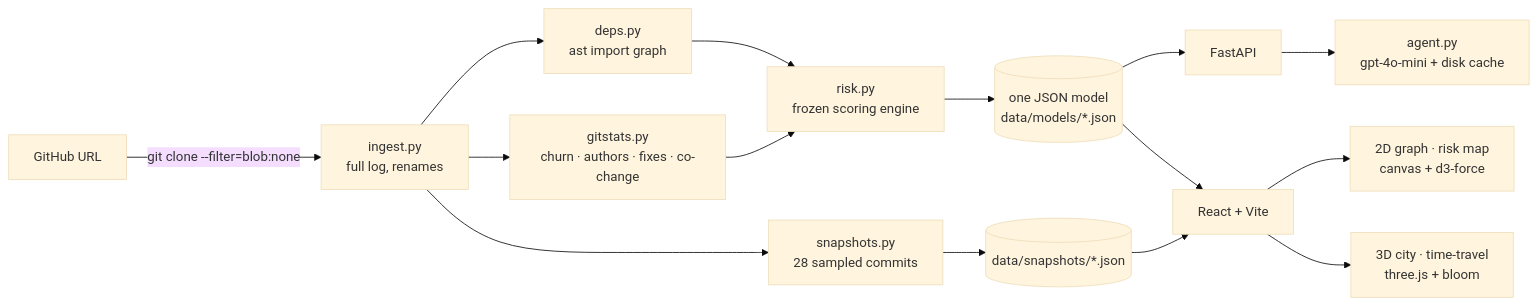
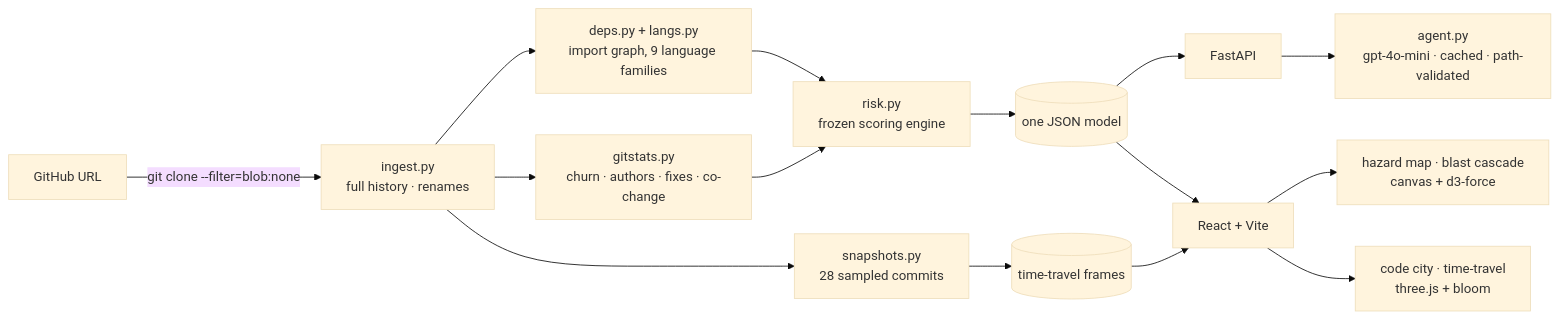
One commit to asil-eng/richter changed the diagram in README.md. Above: the diagram before and after it, drawn with Mermaid (base theme). The commit also changed other lines of this file and 19 other files, not shown here.

````diff
--- a/README.md
+++ b/README.md
@@ -91,16 +181,16 @@
 ```mermaid
 flowchart LR
-  A[GitHub URL] -->|git clone --filter=blob:none| B[ingest.py<br/>full log, renames]
-  B --> C[deps.py<br/>ast import graph]
+  A[GitHub URL] -->|git clone --filter=blob:none| B[ingest.py<br/>full history · renames]
+  B --> C[deps.py + langs.py<br/>import graph, 9 language families]
   B --> D[gitstats.py<br/>churn · authors · fixes · co-change]
   C --> E[risk.py<br/>frozen scoring engine]
   D --> E
-  E --> F[(one JSON model<br/>data/models/*.json)]
-  B --> S[snapshots.py<br/>28 sampled commits] --> G[(data/snapshots/*.json)]
+  E --> F[(one JSON model)]
+  B --> S[snapshots.py<br/>28 sampled commits] --> G[(time-travel frames)]
   F --> H[FastAPI]
-  H --> I[agent.py<br/>gpt-4o-mini + disk cache]
+  H --> I[agent.py<br/>gpt-4o-mini · cached · path-validated]
   F --> J[React + Vite]
   G --> J
-  J --> K[2D graph · risk map<br/>canvas + d3-force]
-  J --> L[3D city · time-travel<br/>three.js + bloom]
+  J --> K[hazard map · blast cascade<br/>canvas + d3-force]
+  J --> L[code city · time-travel<br/>three.js + bloom]
 ```
````
